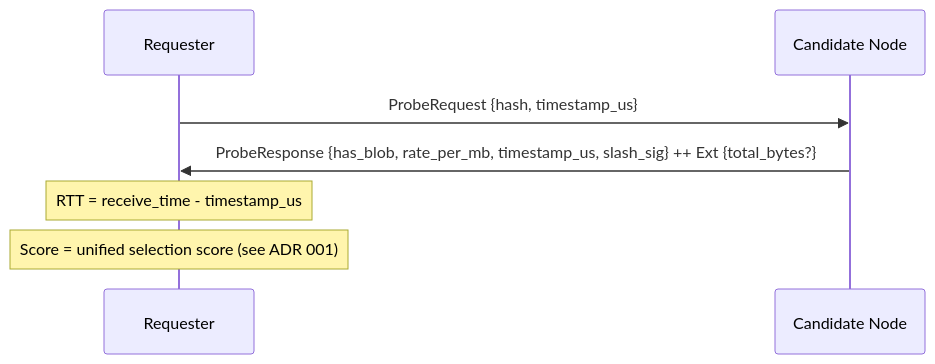
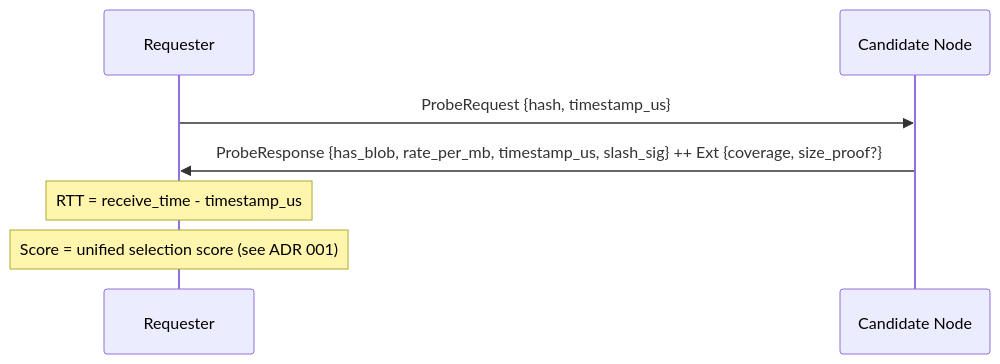
One commit to decdn/decdn changed the first of 3 diagrams in adr/005-protocol.md. Above: the diagram before and after it, drawn with Mermaid. The commit also changed other lines of this file and 135 other files, not shown here.

First line of the commit message:
feat!: the size proof is the only statement of a blob size (#2879) (#2885)

````diff
--- a/adr/005-protocol.md
+++ b/adr/005-protocol.md
@@ -32,11 +32,11 @@
 ```mermaid
 sequenceDiagram
     participant R as Requester
     participant C as Candidate Node
 
     R->>C: ProbeRequest {hash, timestamp_us}
-    C->>R: ProbeResponse {has_blob, rate_per_mb, timestamp_us, slash_sig} ++ Ext {total_bytes?}
+    C->>R: ProbeResponse {has_blob, rate_per_mb, timestamp_us, slash_sig} ++ Ext {coverage, size_proof?}
 
     Note over R: RTT = receive_time - timestamp_us
     Note over R: Score = unified selection score (see ADR 001)
 ```
````
